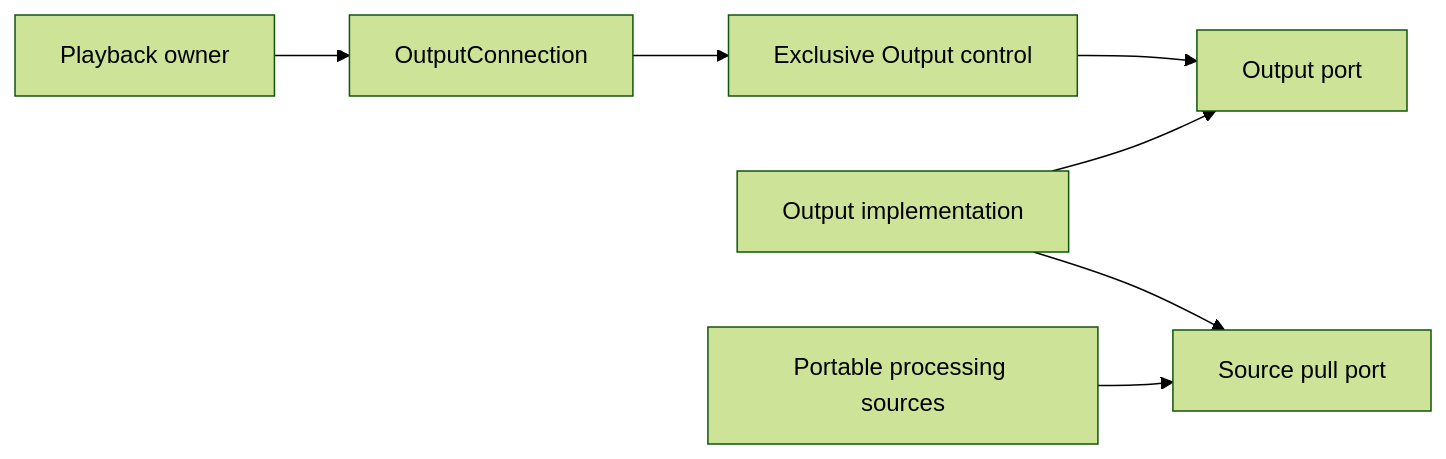
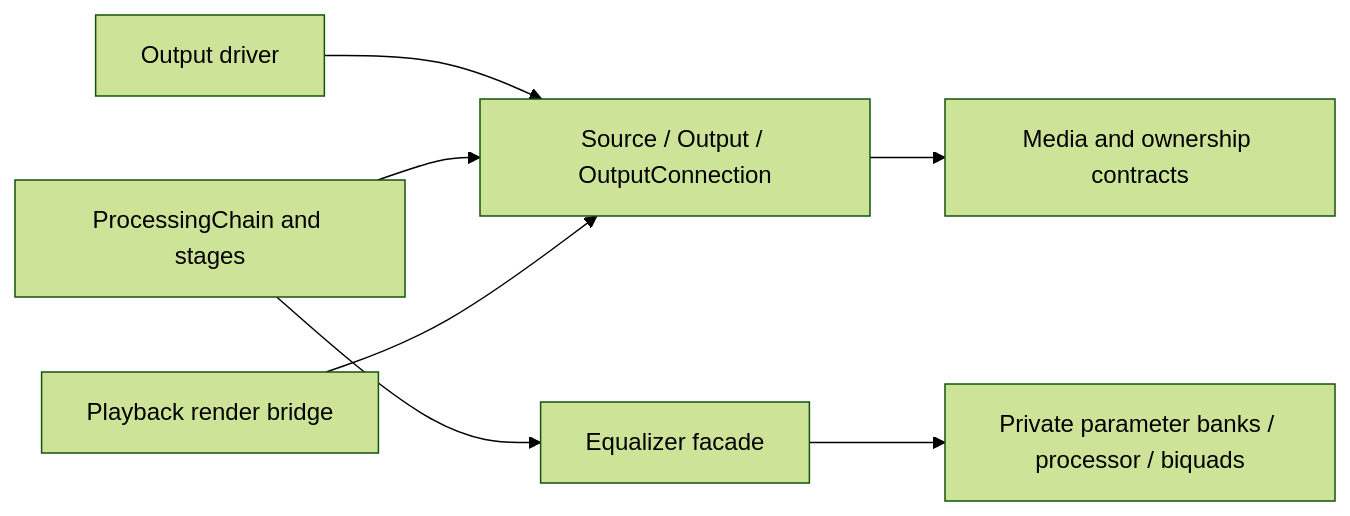
Before and after one commit to Vokerlee/wiola-player: the diagram in src/core/audio/README.md, drawn with Mermaid (forest theme). The commit also changed other lines of this file and 51 other files, not shown here.

Commit message:
core: encapsulate portable audio processing

````diff
--- a/src/core/audio/README.md
+++ b/src/core/audio/README.md
@@ -5,9 +5,9 @@
 ```mermaid
 flowchart LR
-    Transport[Playback owner] --> Connection[OutputConnection]
-    Connection --> Control[Exclusive Output control]
-    Driver[Output implementation] --> Output[Output port]
-    Control --> Output
-    Driver --> Source[Source pull port]
-    Processing[Portable processing sources] --> Source
+    Driver[Output driver] --> Output[Source / Output / OutputConnection]
+    Processing[ProcessingChain and stages] --> Output
+    Equalizer[Equalizer facade] --> Private[Private parameter banks / processor / biquads]
+    Processing --> Equalizer
+    Playback[Playback render bridge] --> Output
+    Output --> Media[Media and ownership contracts]
 ```
````
